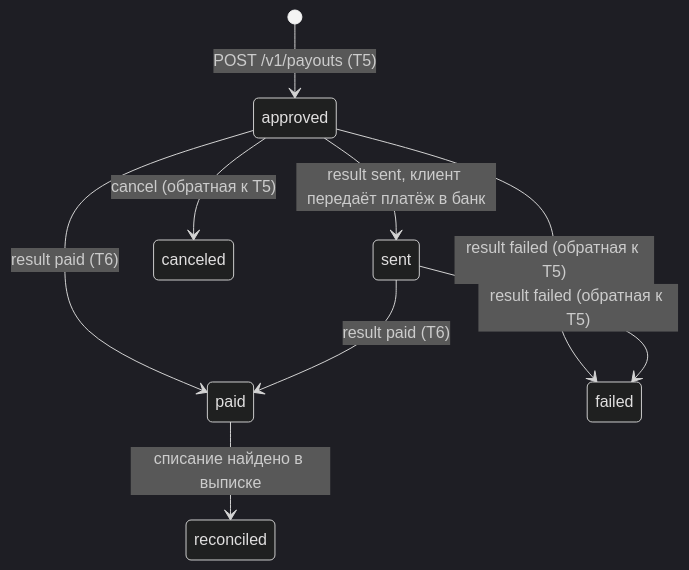
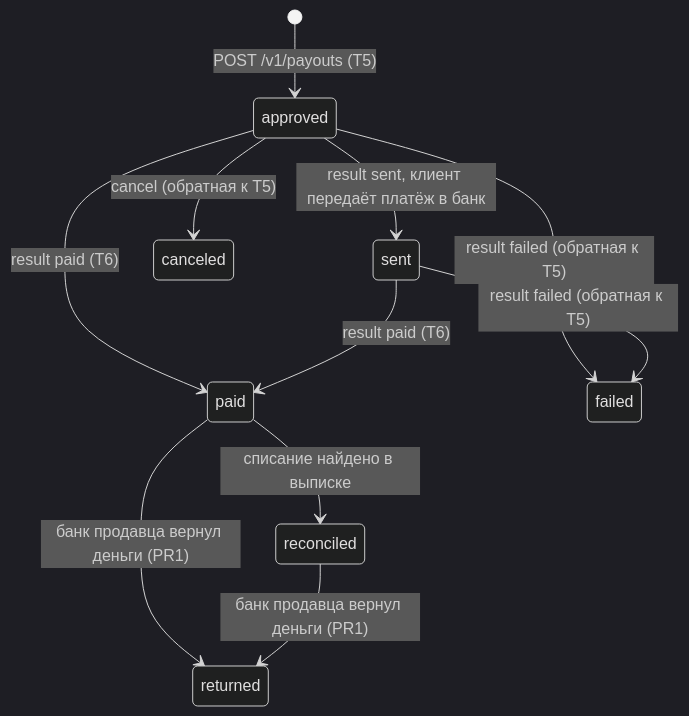
Before and after one commit to hino-2/plat-forma: the fourth of 6 diagrams in 03-high-level-design.md, drawn with Mermaid (dark theme). The commit also changed other lines of this file and 1 other file, not shown here.

First line of the commit message:
docs: refunds, chargebacks, seller debt and returned payouts

````diff
--- a/03-high-level-design.md
+++ b/03-high-level-design.md
@@ -936,11 +990,13 @@
 ```mermaid
 stateDiagram-v2
   [*] --> approved: POST /v1/payouts (T5)
   approved --> sent: result sent, клиент передаёт платёж в банк
   approved --> canceled: cancel (обратная к T5)
   approved --> paid: result paid (T6)
   approved --> failed: result failed (обратная к T5)
   sent --> paid: result paid (T6)
   sent --> failed: result failed (обратная к T5)
   paid --> reconciled: списание найдено в выписке
+  paid --> returned: банк продавца вернул деньги (PR1)
+  reconciled --> returned: банк продавца вернул деньги (PR1)
 ```
````
